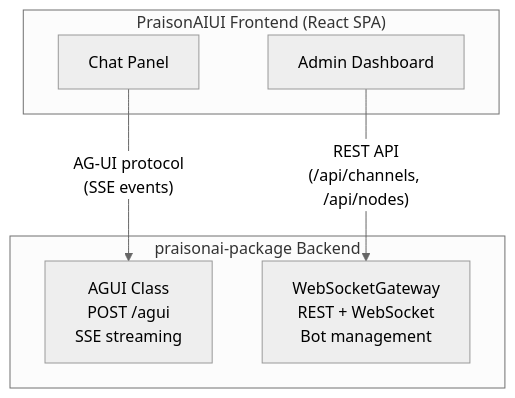
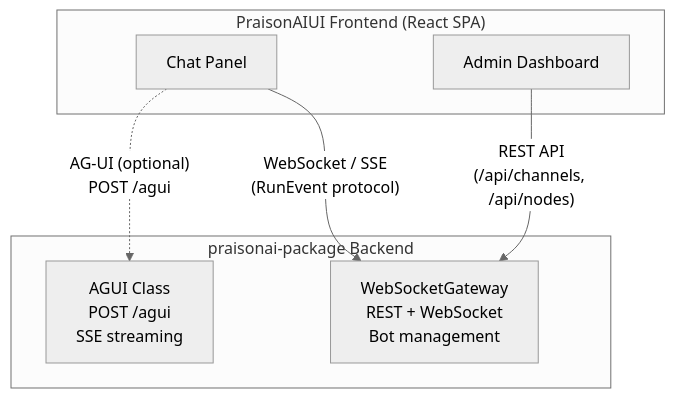
Before and after one commit to MervinPraison/PraisonAIUI: the first of 2 diagrams in docs/concepts/architecture.md, drawn with Mermaid (neutral theme). The commit also changed other lines of this file and 51 other files, not shown here.

````diff
--- a/docs/concepts/architecture.md
+++ b/docs/concepts/architecture.md
@@ -7,15 +7,16 @@
 ```mermaid
 graph TD
     subgraph "PraisonAIUI Frontend (React SPA)"
         CHAT["Chat Panel"]
         DASH["Admin Dashboard"]
     end
 
     subgraph "praisonai-package Backend"
         AGUI["AGUI Class<br/>POST /agui<br/>SSE streaming"]
         GW["WebSocketGateway<br/>REST + WebSocket<br/>Bot management"]
     end
 
-    CHAT -->|"AG-UI protocol<br/>(SSE events)"| AGUI
+    CHAT -->|"WebSocket / SSE<br/>(RunEvent protocol)"| GW
+    CHAT -.->|"AG-UI (optional)<br/>POST /agui"| AGUI
     DASH -->|"REST API<br/>(/api/channels, /api/nodes)"| GW
 ```
````
